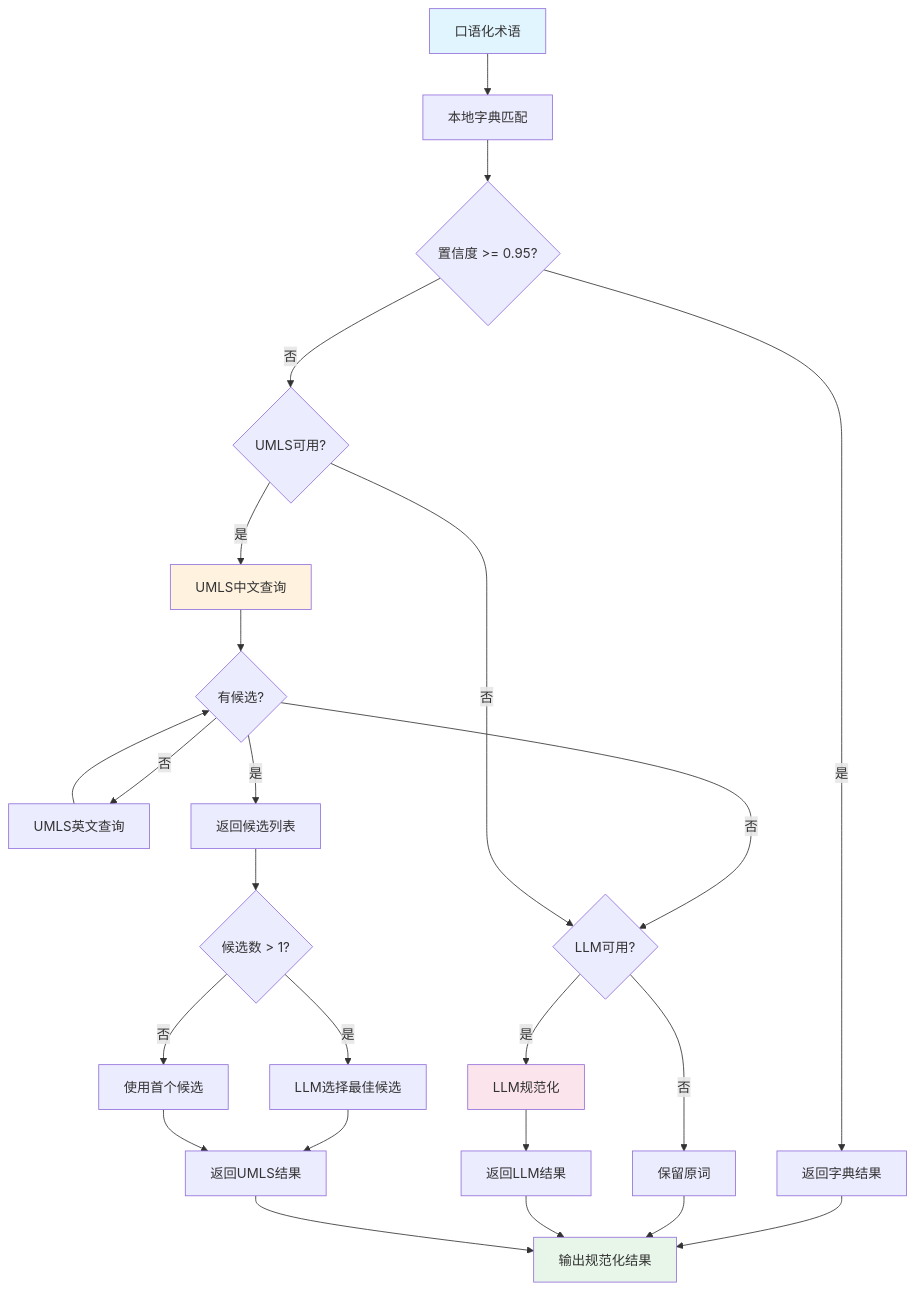
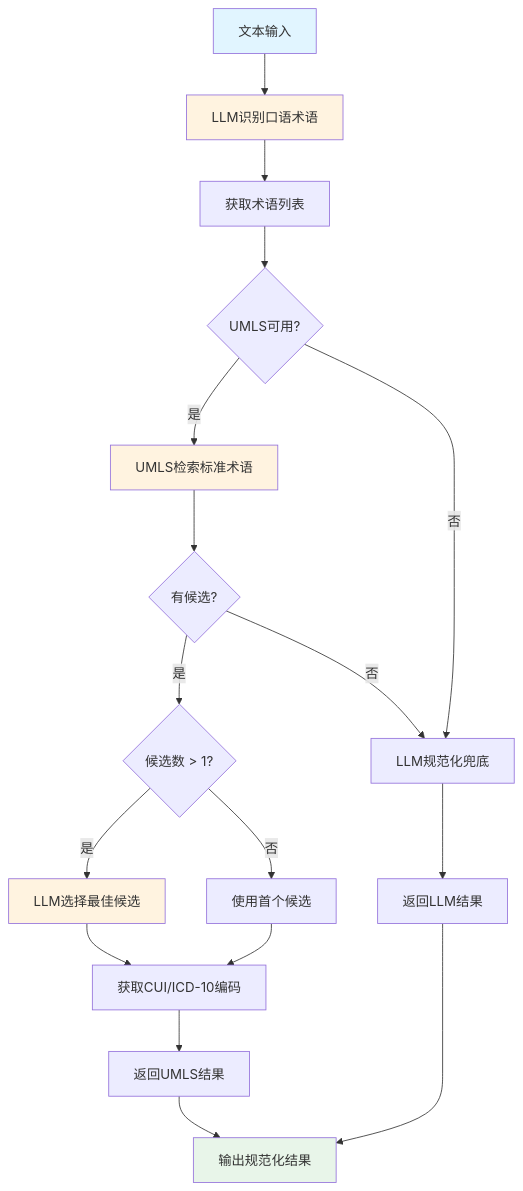
One commit to LiGaohe/MedicalAssistant changed diagram 13 of 20 in docs/architecture.md. Above: the diagram before and after it, drawn with Mermaid. The commit also changed other lines of this file and 19 other files, not shown here.

````diff
--- a/docs/architecture.md
+++ b/docs/architecture.md
@@ -610,31 +612,25 @@
 ```mermaid
 graph TB
-    A[口语化术语] --> B[本地字典匹配]
-    B --> C{置信度 >= 0.95?}
-    C -->|是| D[返回字典结果]
-    C -->|否| E{UMLS可用?}
-    E -->|是| F[UMLS中文查询]
-    F --> G{有候选?}
-    G -->|否| H[UMLS英文查询]
-    H --> G
-    G -->|是| I[返回候选列表]
-    G -->|否| J{LLM可用?}
-    E -->|否| J
-    J -->|是| K[LLM规范化]
-    J -->|否| L[保留原词]
-    K --> M[返回LLM结果]
-    I --> N{候选数 > 1?}
-    N -->|是| O[LLM选择最佳候选]
-    N -->|否| P[使用首个候选]
-    O --> Q[返回UMLS结果]
-    P --> Q
-    D --> R[输出规范化结果]
-    L --> R
-    M --> R
-    Q --> R
+    A[文本输入] --> B[LLM识别口语术语]
+    B --> C[获取术语列表]
+    C --> D{UMLS可用?}
+    D -->|是| E[UMLS检索标准术语]
+    D -->|否| F[LLM规范化兜底]
+    E --> G{有候选?}
+    G -->|是| H{候选数 > 1?}
+    G -->|否| F
+    H -->|是| I[LLM选择最佳候选]
+    H -->|否| J[使用首个候选]
+    I --> K[获取CUI/ICD-10编码]
+    J --> K
+    K --> L[返回UMLS结果]
+    F --> M[返回LLM结果]
+    L --> N[输出规范化结果]
+    M --> N
     
     style A fill:#e1f5ff
-    style R fill:#e8f5e9
-    style F fill:#fff3e0
-    style K fill:#fce4ec
+    style N fill:#e8f5e9
+    style B fill:#fff3e0
+    style E fill:#fff3e0
+    style I fill:#fff3e0
 ```
````
